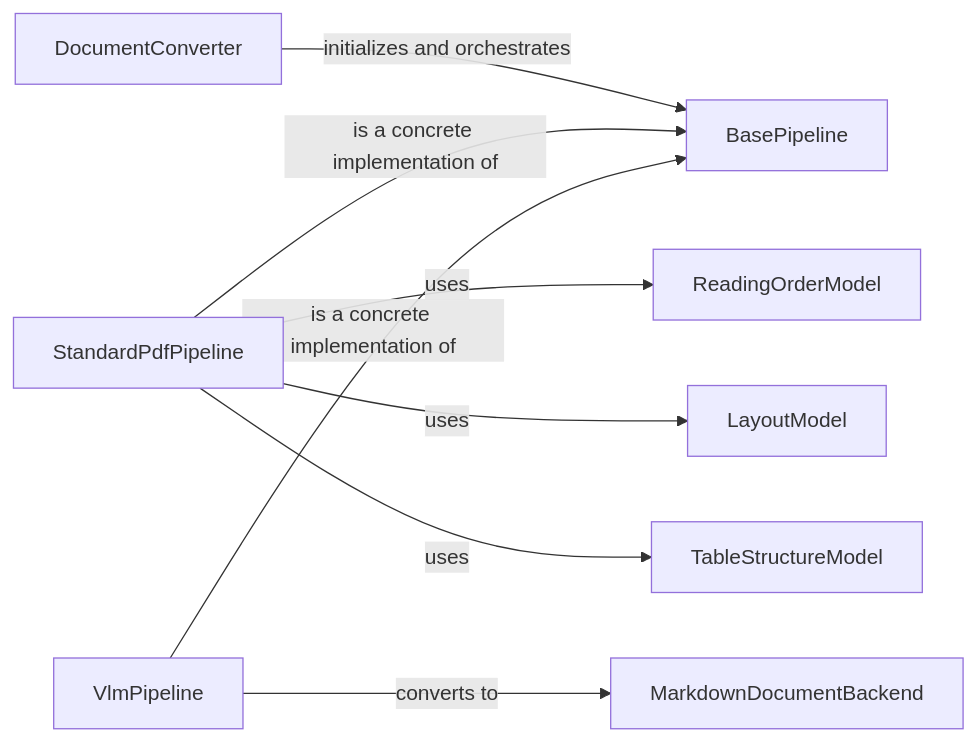
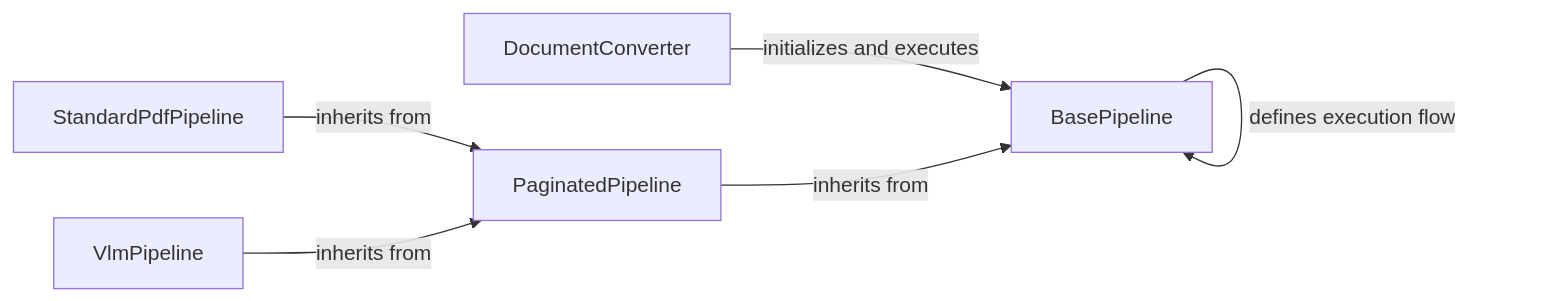
The diagram in docling/Conversion Pipeline Framework.md (CodeBoarding/GeneratedOnBoardings), drawn with Mermaid before and after one commit. The commit also changed other lines of this file and 16 other files, not shown here.

````diff
--- a/docling/Conversion Pipeline Framework.md
+++ b/docling/Conversion Pipeline Framework.md
@@ -1,18 +1,13 @@
 ```mermaid
 graph LR
     DocumentConverter["DocumentConverter"]
     BasePipeline["BasePipeline"]
+    PaginatedPipeline["PaginatedPipeline"]
     StandardPdfPipeline["StandardPdfPipeline"]
     VlmPipeline["VlmPipeline"]
-    ReadingOrderModel["ReadingOrderModel"]
-    LayoutModel["LayoutModel"]
-    TableStructureModel["TableStructureModel"]
-    MarkdownDocumentBackend["MarkdownDocumentBackend"]
-    DocumentConverter -- "initializes and orchestrates" --> BasePipeline
-    StandardPdfPipeline -- "is a concrete implementation of" --> BasePipeline
-    VlmPipeline -- "is a concrete implementation of" --> BasePipeline
-    StandardPdfPipeline -- "uses" --> ReadingOrderModel
-    StandardPdfPipeline -- "uses" --> LayoutModel
-    StandardPdfPipeline -- "uses" --> TableStructureModel
-    VlmPipeline -- "converts to" --> MarkdownDocumentBackend
+    DocumentConverter -- "initializes and executes" --> BasePipeline
+    BasePipeline -- "defines execution flow" --> BasePipeline
+    PaginatedPipeline -- "inherits from" --> BasePipeline
+    StandardPdfPipeline -- "inherits from" --> PaginatedPipeline
+    VlmPipeline -- "inherits from" --> PaginatedPipeline
 ```
````
